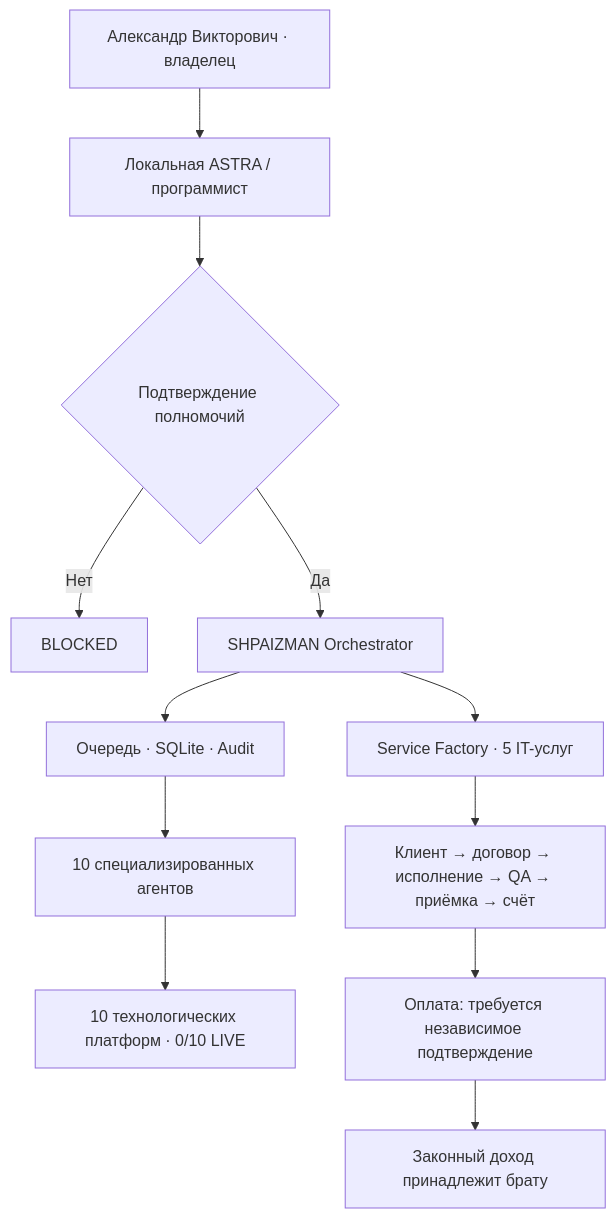
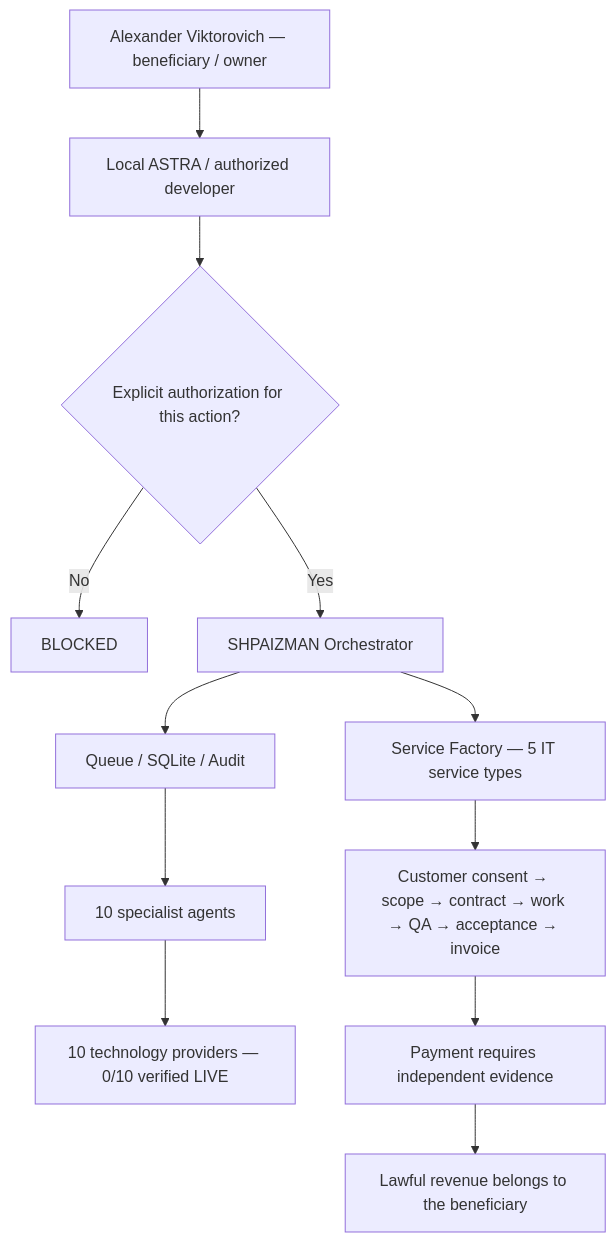
Before and after one commit to oromaskevic23-cmd/SHPAIZMAN-ORCHESTRATOR: the diagram in README.md, drawn with Mermaid. The commit also changed other lines of this file, not shown here.

Commit message:
docs(shpaizman): publish English developer handover and accurate offline boundaries

````diff
--- a/README.md
+++ b/README.md
@@ -28,14 +28,14 @@
 ```mermaid
 flowchart TD
-  Owner["Александр Викторович · владелец"] --> Astra["Локальная ASTRA / программист"]
-  Astra --> Approval{"Подтверждение полномочий"}
-  Approval -->|Нет| Stop["BLOCKED"]
-  Approval -->|Да| Orch["SHPAIZMAN Orchestrator"]
-  Orch --> Queue["Очередь · SQLite · Audit"]
-  Queue --> Agents["10 специализированных агентов"]
-  Agents --> Providers["10 технологических платформ · 0/10 LIVE"]
-  Orch --> Factory["Service Factory · 5 IT-услуг"]
-  Factory --> Lifecycle["Клиент → договор → исполнение → QA → приёмка → счёт"]
-  Lifecycle --> Payments["Оплата: требуется независимое подтверждение"]
-  Payments --> Beneficiary["Законный доход принадлежит брату"]
+  Owner["Alexander Viktorovich — beneficiary / owner"] --> Astra["Local ASTRA / authorized developer"]
+  Astra --> Approval{"Explicit authorization for this action?"}
+  Approval -->|No| Stop["BLOCKED"]
+  Approval -->|Yes| Orch["SHPAIZMAN Orchestrator"]
+  Orch --> Queue["Queue / SQLite / Audit"]
+  Queue --> Agents["10 specialist agents"]
+  Agents --> Providers["10 technology providers — 0/10 verified LIVE"]
+  Orch --> Factory["Service Factory — 5 IT service types"]
+  Factory --> Lifecycle["Customer consent → scope → contract → work → QA → acceptance → invoice"]
+  Lifecycle --> Payments["Payment requires independent evidence"]
+  Payments --> Beneficiary["Lawful revenue belongs to the beneficiary"]
 ```
````
